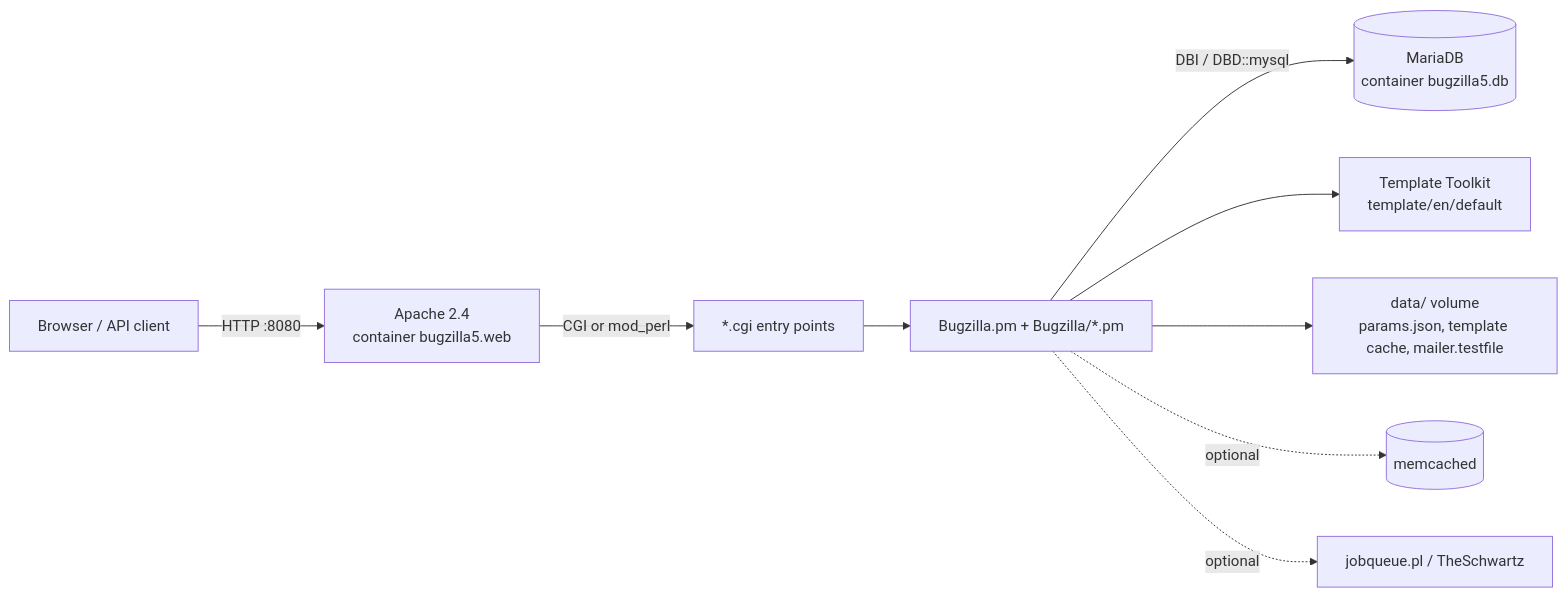
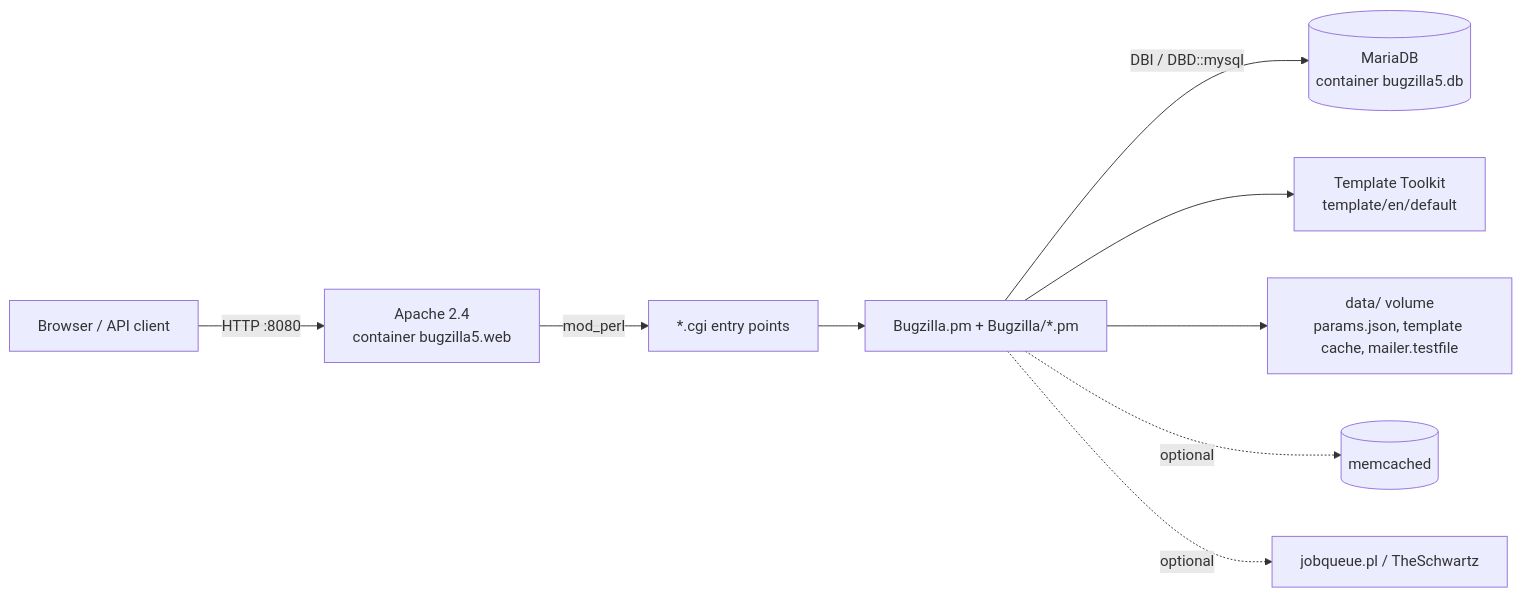
One commit to COG-GTM/bugzilla changed the first of 3 diagrams in docs/migration/ARCHITECTURE.md. Above: the diagram before and after it, drawn with Mermaid. The commit also changed other lines of this file and 2 other files, not shown here.

Commit message:
bug: correct auth, mod_perl and parity details in migration docs; exact user and case-insensitive component matching in seed script

````diff
--- a/docs/migration/ARCHITECTURE.md
+++ b/docs/migration/ARCHITECTURE.md
@@ -18,11 +18,11 @@
 ```mermaid
 flowchart LR
   client[Browser / API client] -->|HTTP :8080| apache[Apache 2.4<br/>container bugzilla5.web]
-  apache -->|CGI or mod_perl| cgi[*.cgi entry points]
+  apache -->|mod_perl| cgi[*.cgi entry points]
   cgi --> core[Bugzilla.pm + Bugzilla/*.pm]
   core -->|DBI / DBD::mysql| db[(MariaDB<br/>container bugzilla5.db)]
   core --> tt[Template Toolkit<br/>template/en/default]
   core --> data[data/ volume<br/>params.json, template cache, mailer.testfile]
   core -.optional.-> memcached[(memcached)]
   core -.optional.-> jobq[jobqueue.pl / TheSchwartz]
 ```
````
